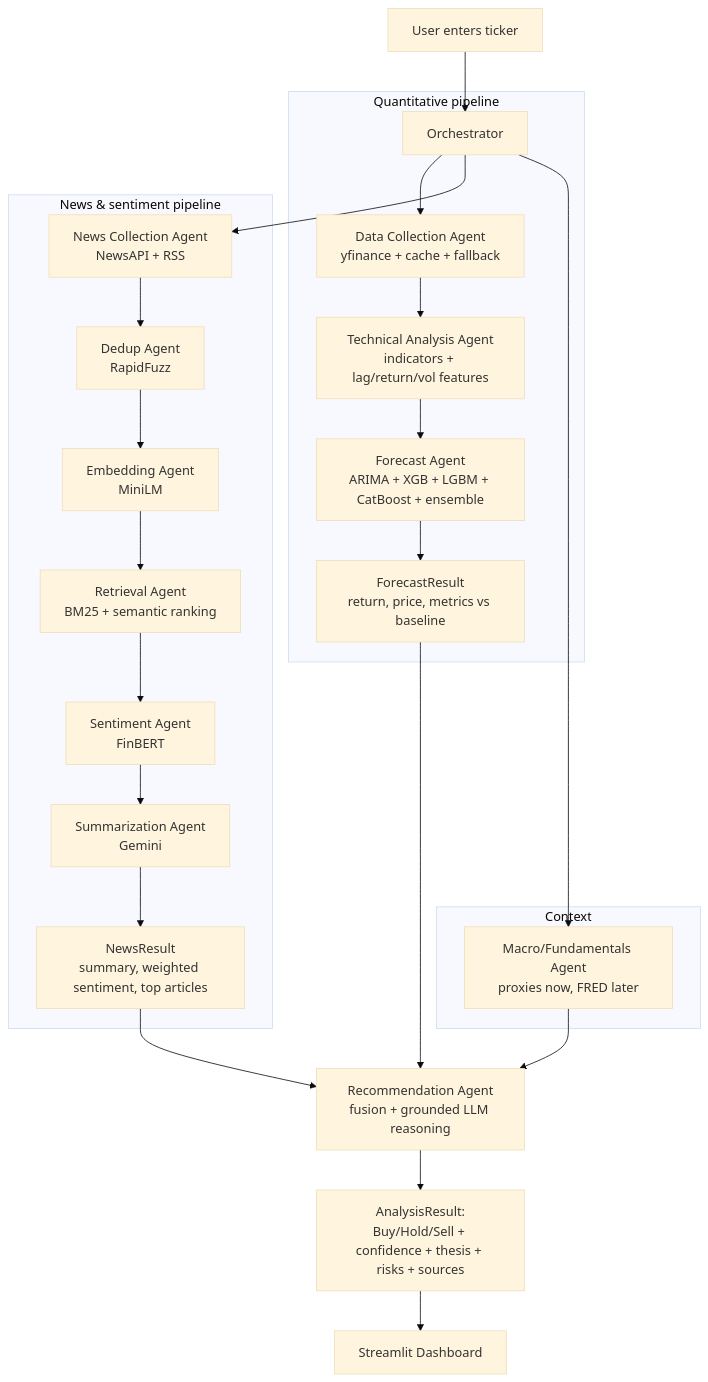
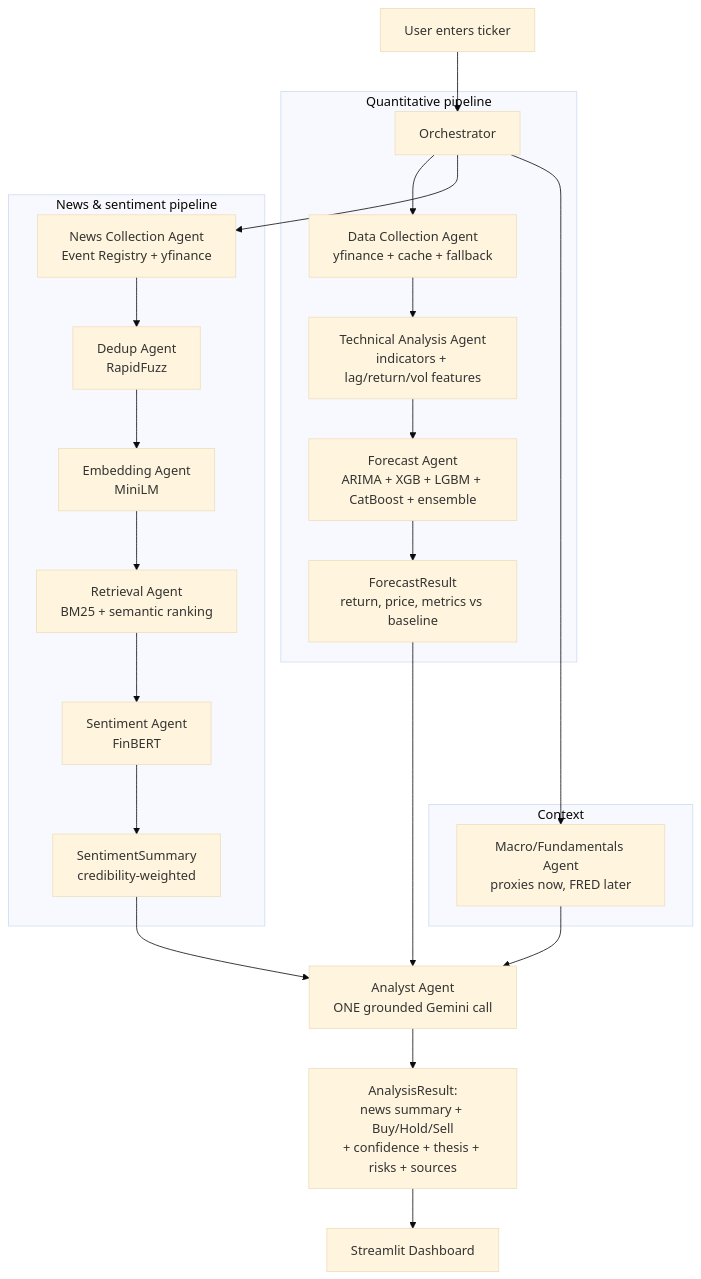
One commit to NeerajKumar1631/EXL-Capstone changed the diagram in architecture.md. Above: the diagram before and after it, drawn with Mermaid (base theme). The commit also changed other lines of this file and 70 other files, not shown here.

Commit message:
Merged two gemini calls into one, added new features , added tests

````diff
--- a/architecture.md
+++ b/architecture.md
@@ -61,31 +61,30 @@
 ```mermaid
 flowchart TD
     U[User enters ticker] --> ORCH[Orchestrator]
 
     subgraph Quant[Quantitative pipeline]
         ORCH --> D[Data Collection Agent<br/>yfinance + cache + fallback]
         D --> F[Technical Analysis Agent<br/>indicators + lag/return/vol features]
         F --> FC[Forecast Agent<br/>ARIMA + XGB + LGBM + CatBoost + ensemble]
         FC --> FR[ForecastResult<br/>return, price, metrics vs baseline]
     end
 
     subgraph News[News & sentiment pipeline]
-        ORCH --> N[News Collection Agent<br/>NewsAPI + RSS]
+        ORCH --> N[News Collection Agent<br/>Event Registry + yfinance]
         N --> DD[Dedup Agent<br/>RapidFuzz]
         DD --> EM[Embedding Agent<br/>MiniLM]
         EM --> RT[Retrieval Agent<br/>BM25 + semantic ranking]
         RT --> SE[Sentiment Agent<br/>FinBERT]
-        SE --> SU[Summarization Agent<br/>Gemini]
-        SU --> NR[NewsResult<br/>summary, weighted sentiment, top articles]
+        SE --> SS[SentimentSummary<br/>credibility-weighted]
     end
 
     subgraph Context[Context]
         ORCH --> MC[Macro/Fundamentals Agent<br/>proxies now, FRED later]
     end
 
-    FR --> REC[Recommendation Agent<br/>fusion + grounded LLM reasoning]
-    NR --> REC
+    FR --> REC[Analyst Agent<br/>ONE grounded Gemini call]
+    SS --> REC
     MC --> REC
-    REC --> OUT[AnalysisResult:<br/>Buy/Hold/Sell + confidence + thesis + risks + sources]
+    REC --> OUT[AnalysisResult:<br/>news summary + Buy/Hold/Sell<br/>+ confidence + thesis + risks + sources]
     OUT --> UI[Streamlit Dashboard]
 ```
````
